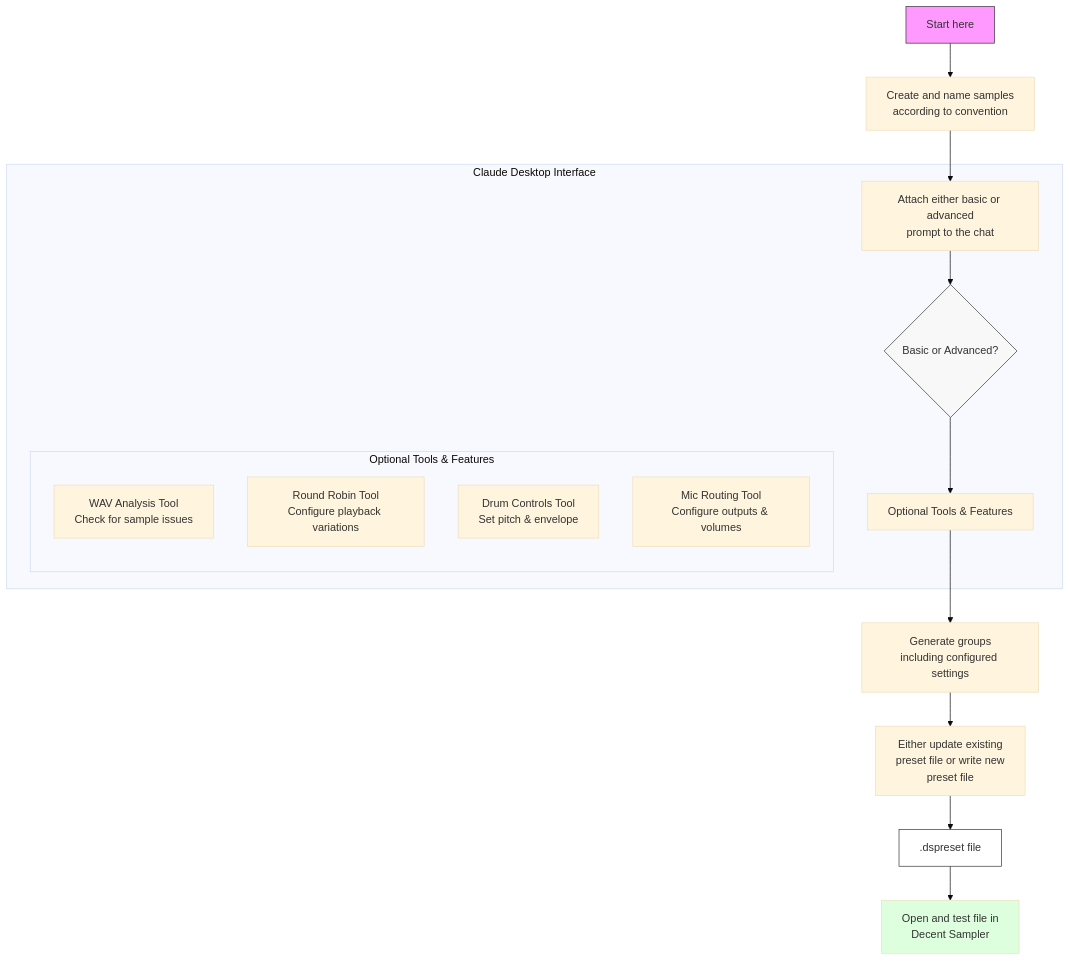
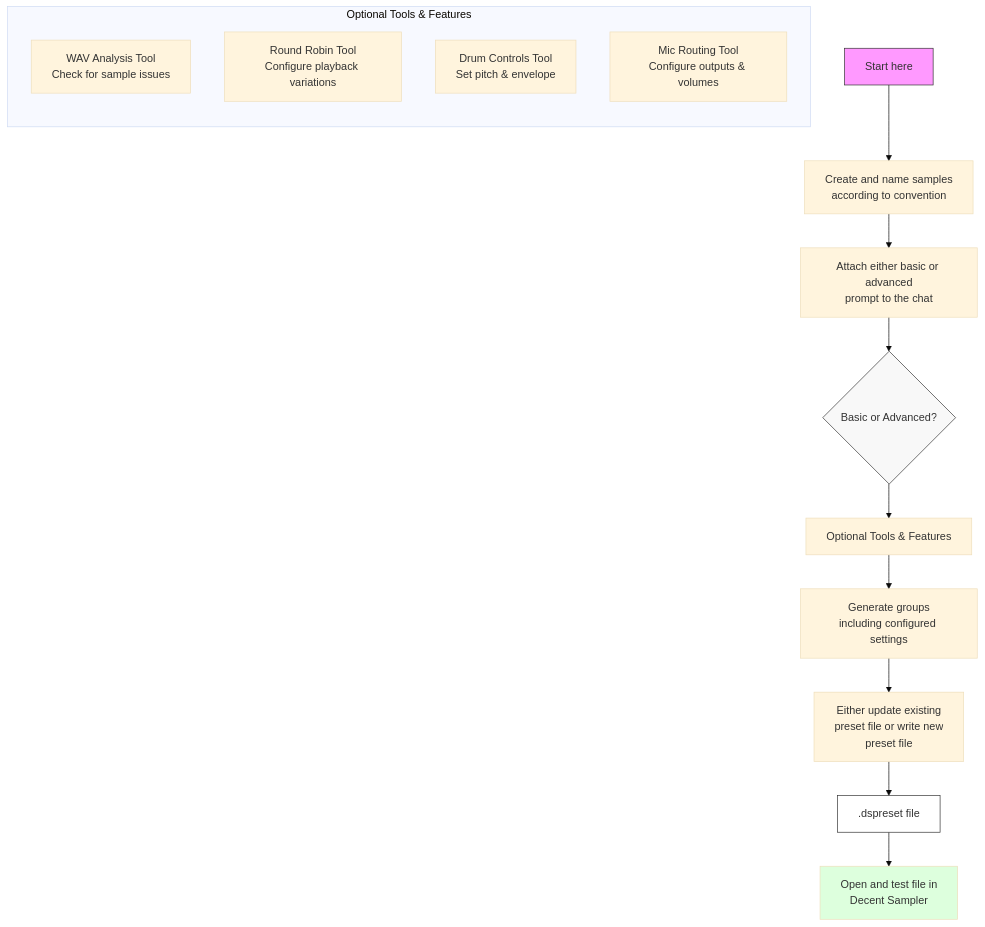
The diagram in docs/workflows.md (dandeliongold/mcp-decent-sampler-drums), drawn with Mermaid (base theme) before and after one commit.

Commit message:
Simplify the workflow diagram

````diff
--- a/docs/workflows.md
+++ b/docs/workflows.md
@@ -7,30 +7,26 @@
 ```mermaid
 graph TB
     Start[Start here] --> CreateSamples[Create and name samples<br/>according to convention]
     CreateSamples --> AttachPrompt[Attach either basic or advanced<br/>prompt to the chat]
+    AttachPrompt --> Decision{Basic or Advanced?}
     
-    subgraph "Claude Desktop Interface"
-        AttachPrompt --> Decision{Basic or Advanced?}
-        
-        subgraph "Optional Tools & Features"
-            direction TB
-            Analysis[WAV Analysis Tool<br/>Check for sample issues]
-            RoundRobin[Round Robin Tool<br/>Configure playback variations]
-            Controls[Drum Controls Tool<br/>Set pitch & envelope]
-            MicRouting[Mic Routing Tool<br/>Configure outputs & volumes]
-        end
-        
-        Decision --> Tools["Optional Tools & Features"]
+    subgraph "Optional Tools & Features"
+        direction TB
+        Analysis[WAV Analysis Tool<br/>Check for sample issues]
+        RoundRobin[Round Robin Tool<br/>Configure playback variations]
+        Controls[Drum Controls Tool<br/>Set pitch & envelope]
+        MicRouting[Mic Routing Tool<br/>Configure outputs & volumes]
     end
     
+    Decision --> Tools["Optional Tools & Features"]
     Tools --> GenerateGroups[Generate groups<br/>including configured settings]
     
     GenerateGroups --> UpdatePreset[Either update existing<br/>preset file or write new<br/>preset file]
     UpdatePreset --> PresetFile[.dspreset file]
     PresetFile --> TestFile[Open and test file in<br/>Decent Sampler]
     
     style Start fill:#f9f,stroke:#333
     style PresetFile fill:#fff,stroke:#333
     style TestFile fill:#dfd
     style Decision fill:#f8f8f8,stroke:#333
 ```
````
